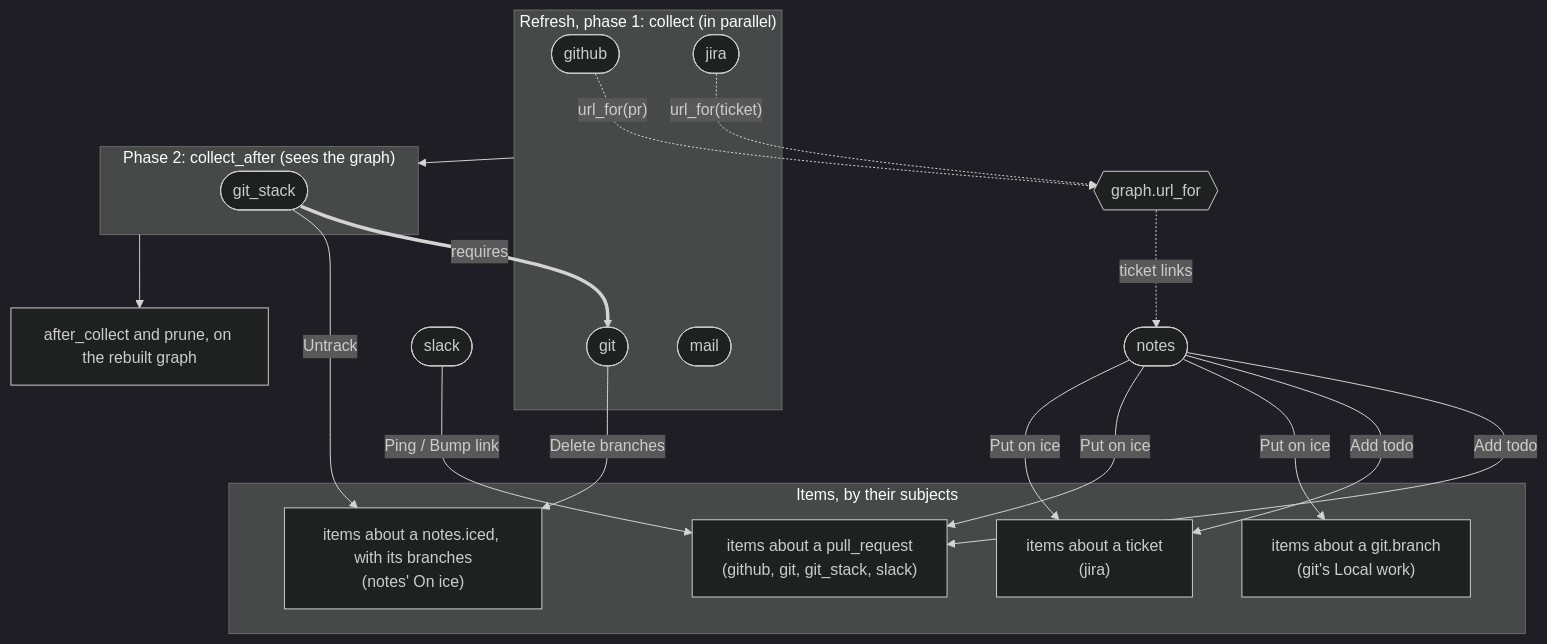
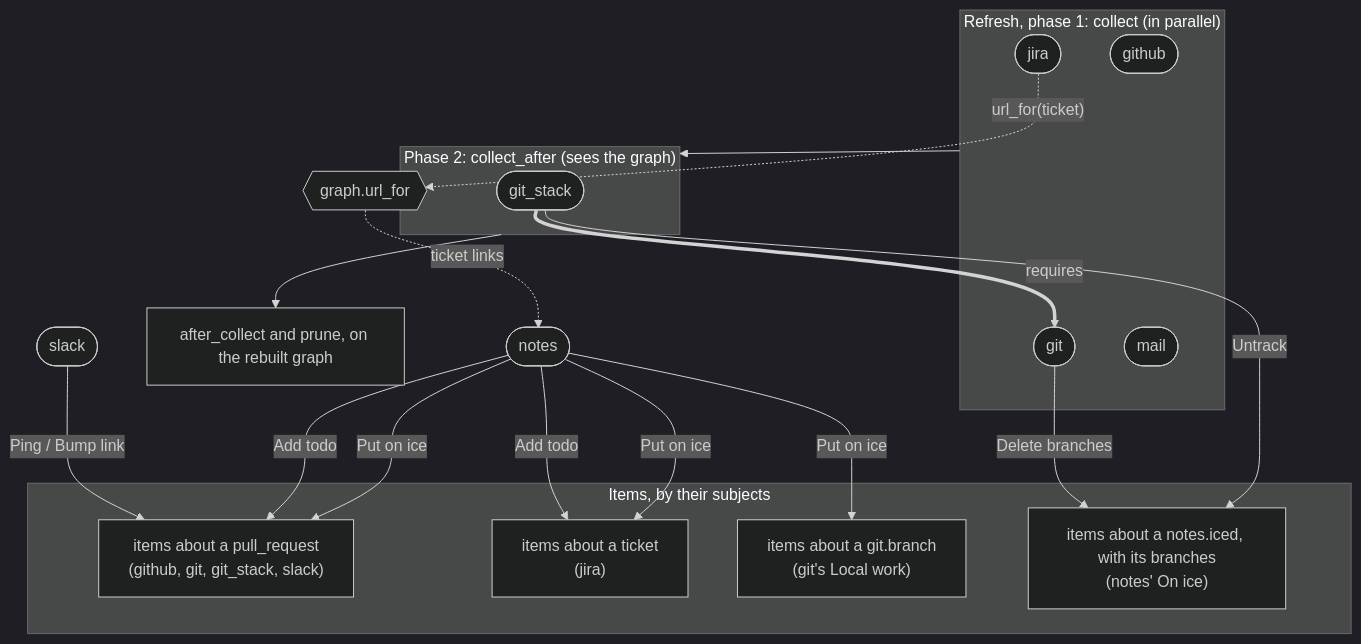
Before and after one commit to benekastah/move-forward: the second of 2 diagrams in docs/plugins.md, drawn with Mermaid (dark theme). The commit also changed 21 other files, not shown here.

````diff
--- a/docs/plugins.md
+++ b/docs/plugins.md
@@ -81,35 +81,34 @@
 ```mermaid
 flowchart TB
     subgraph Phase1["Refresh, phase 1: collect (in parallel)"]
         github([github])
         git([git])
         jira([jira])
         mail([mail])
     end
     subgraph Phase2["Phase 2: collect_after (sees the graph)"]
         git_stack([git_stack])
     end
     Phase1 --> Phase2
     Phase2 --> after["after_collect and prune, on the rebuilt graph"]
 
     git_stack == "requires" ==> git
 
     subgraph Items["Items, by their subjects"]
         prItems["items about a pull_request<br/>(github, git, git_stack, slack)"]
         ticketItems["items about a ticket<br/>(jira)"]
         branchItems["items about a git.branch<br/>(git's Local work)"]
         icedItems["items about a notes.iced, with its branches<br/>(notes' On ice)"]
     end
     slack([slack]) -- "Ping / Bump link" --> prItems
     notes([notes]) -- "Add todo" --> prItems
     notes -- "Add todo" --> ticketItems
     notes -- "Put on ice" --> branchItems
     notes -- "Put on ice" --> prItems
     notes -- "Put on ice" --> ticketItems
     git -- "Delete branches" --> icedItems
     git_stack -- "Untrack" --> icedItems
 
-    github -. "url_for(pr)" .-> urls{{graph.url_for}}
-    jira -. "url_for(ticket)" .-> urls
+    jira -. "url_for(ticket)" .-> urls{{graph.url_for}}
     urls -. "ticket links" .-> notes
 ```
````
